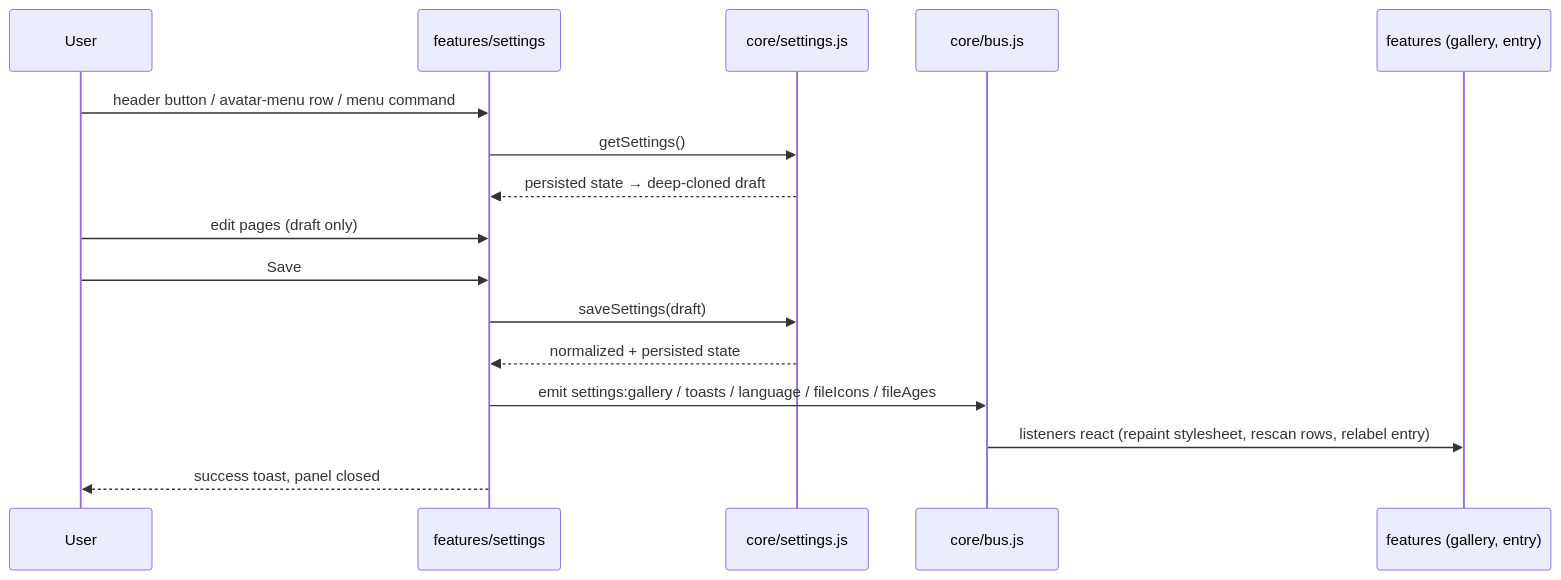
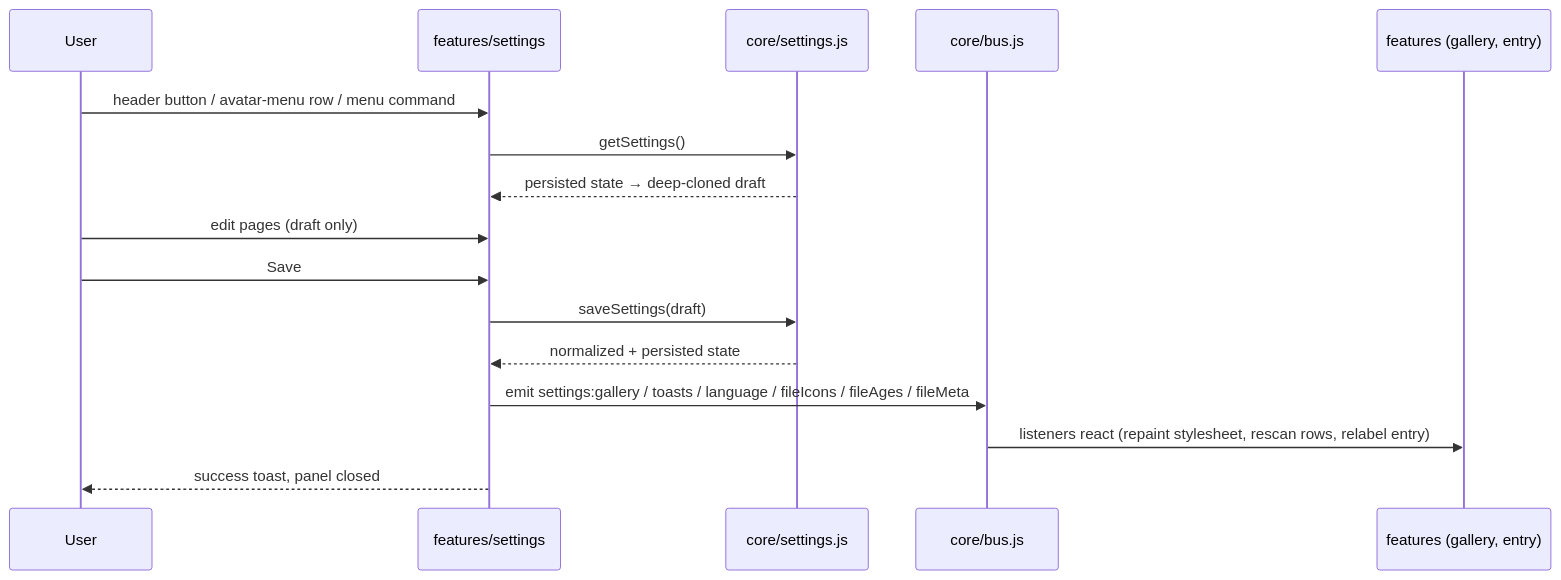
Before and after one commit to NemoKing1210/github-plus: the third of 3 diagrams in docs/ARCHITECTURE.md, drawn with Mermaid. The commit also changed other lines of this file and 45 other files, not shown here.

````diff
--- a/docs/ARCHITECTURE.md
+++ b/docs/ARCHITECTURE.md
@@ -149,19 +163,19 @@
 ```mermaid
 sequenceDiagram
   participant U as User
   participant P as features/settings
   participant S as core/settings.js
   participant B as core/bus.js
   participant F as features (gallery, entry)
 
   U->>P: header button / avatar-menu row / menu command
   P->>S: getSettings()
   S-->>P: persisted state → deep-cloned draft
   U->>P: edit pages (draft only)
   U->>P: Save
   P->>S: saveSettings(draft)
   S-->>P: normalized + persisted state
-  P->>B: emit settings:gallery / toasts / language / fileIcons / fileAges
+  P->>B: emit settings:gallery / toasts / language / fileIcons / fileAges / fileMeta
   B->>F: listeners react (repaint stylesheet, rescan rows, relabel entry)
   P-->>U: success toast, panel closed
 ```
````
